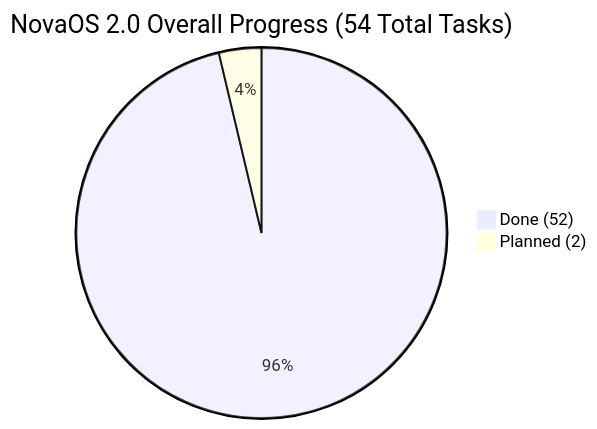
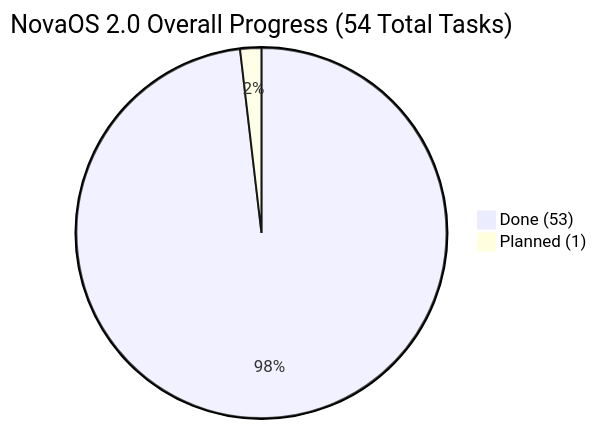
Before and after one commit to firoze-hossain/novaos: the diagram in NovaOS_Build_Plan.md, drawn with Mermaid. The commit also changed other lines of this file and 10 other files, not shown here.

````diff
--- a/NovaOS_Build_Plan.md
+++ b/NovaOS_Build_Plan.md
@@ -9,5 +9,5 @@
 ```mermaid
 pie title NovaOS 2.0 Overall Progress (54 Total Tasks)
-    "Done (52)" : 52
-    "Planned (2)" : 2
+    "Done (53)" : 53
+    "Planned (1)" : 1
 ```
````
